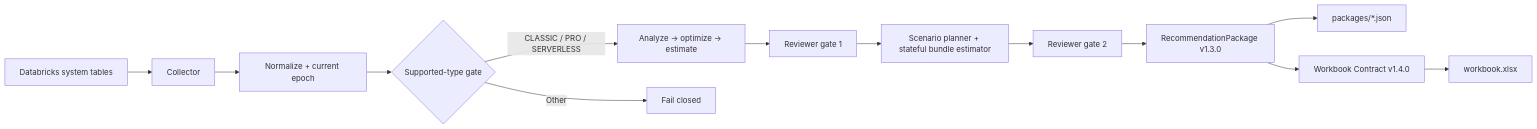
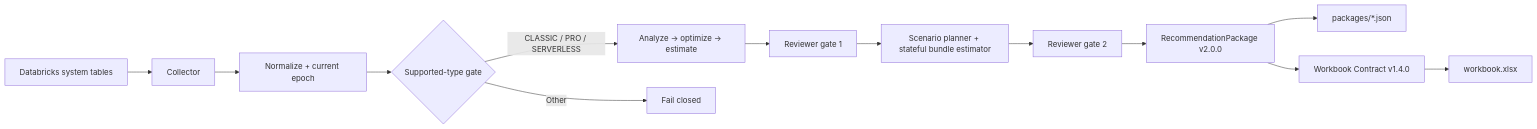
One commit to thiaga-gk/expert-funicular changed the diagram in README.md. Above: the diagram before and after it, drawn with Mermaid. The commit also changed other lines of this file and 25 other files, not shown here.

````diff
--- a/README.md
+++ b/README.md
@@ -16,15 +16,15 @@
 ```mermaid
 flowchart LR
     ST[Databricks system tables] --> C[Collector]
     C --> N[Normalize + current epoch]
     N --> G{Supported-type gate}
     G -->|CLASSIC / PRO / SERVERLESS| A[Analyze → optimize → estimate]
     G -->|Other| X[Fail closed]
     A --> R1[Reviewer gate 1]
     R1 --> S[Scenario planner + stateful bundle estimator]
     S --> R2[Reviewer gate 2]
-    R2 --> P[RecommendationPackage v1.3.0]
+    R2 --> P[RecommendationPackage v2.0.0]
     P --> J[packages/*.json]
     P --> W[Workbook Contract v1.4.0]
     W --> X1[workbook.xlsx]
 ```
````
